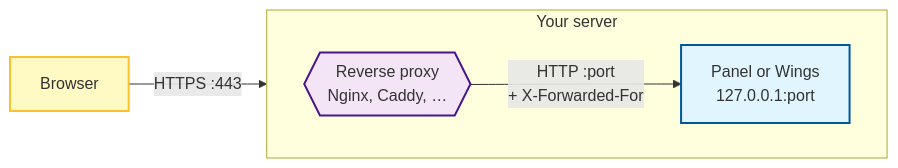
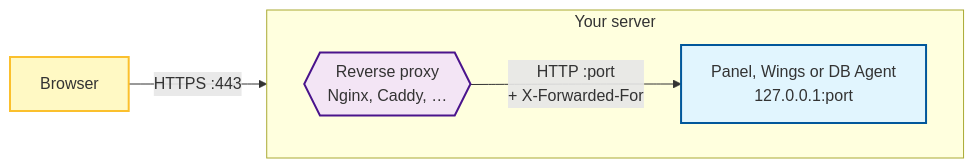
Before and after one commit to calagopus/website: the diagram in web/docs/additional/reverse-proxies.md, drawn with Mermaid. The commit also changed other lines of this file and 2 other files, not shown here.

````diff
--- a/web/docs/additional/reverse-proxies.md
+++ b/web/docs/additional/reverse-proxies.md
@@ -19,17 +19,17 @@
 ```mermaid
 graph LR
   classDef client fill:#fff9c4,stroke:#fbc02d,stroke-width:2px;
   classDef proxy fill:#f3e5f5,stroke:#4a148c,stroke-width:2px;
   classDef app fill:#e1f5fe,stroke:#01579b,stroke-width:2px;
 
   Browser[Browser]:::client
 
   subgraph Host [Your server]
     direction LR
     Proxy{{"Reverse proxy<br/>Nginx, Caddy, …"}}:::proxy
-    App["Panel or Wings<br/>127.0.0.1:port"]:::app
+    App["Panel, Wings or DB Agent<br/>127.0.0.1:port"]:::app
   end
 
   Browser -- "HTTPS :443" --> Proxy
   Proxy -- "HTTP :port<br/>+ X-Forwarded-For" --> App
 ```
````
